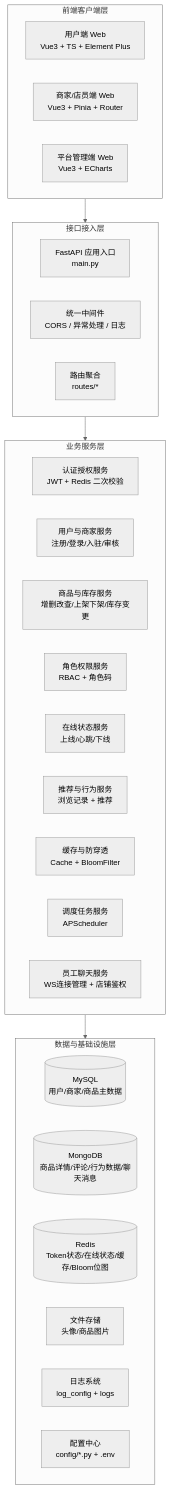
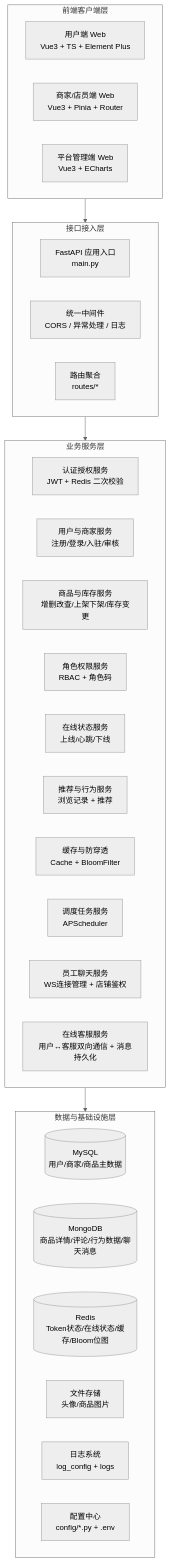
Before and after one commit to SDIJF1521/xb_mall: the diagram in README.md, drawn with Mermaid (neutral theme). The commit also changed other lines of this file and 22 other files, not shown here.

````diff
--- a/README.md
+++ b/README.md
@@ -121,39 +121,40 @@
 ```mermaid
 flowchart TB
     subgraph Client[前端客户端层]
         C1[用户端 Web<br/>Vue3 + TS + Element Plus]
         C2[商家/店员端 Web<br/>Vue3 + Pinia + Router]
         C3[平台管理端 Web<br/>Vue3 + ECharts]
     end
 
     subgraph Gateway[接口接入层]
         G1[FastAPI 应用入口<br/>main.py]
         G2[统一中间件<br/>CORS / 异常处理 / 日志]
         G3[路由聚合<br/>routes/*]
     end
 
     subgraph Service[业务服务层]
         S1[认证授权服务<br/>JWT + Redis 二次校验]
         S2[用户与商家服务<br/>注册/登录/入驻/审核]
         S3[商品与库存服务<br/>增删改查/上架下架/库存变更]
         S4[角色权限服务<br/>RBAC + 角色码]
         S5[在线状态服务<br/>上线/心跳/下线]
         S6[推荐与行为服务<br/>浏览记录 + 推荐]
         S7[缓存与防穿透<br/>Cache + BloomFilter]
         S8[调度任务服务<br/>APScheduler]
         S9[员工聊天服务<br/>WS连接管理 + 店铺鉴权]
+        S10[在线客服服务<br/>用户↔客服双向通信 + 消息持久化]
     end
 
     subgraph Data[数据与基础设施层]
         D1[(MySQL<br/>用户/商家/商品主数据)]
         D2[(MongoDB<br/>商品详情/评论/行为数据/聊天消息)]
         D3[(Redis<br/>Token状态/在线状态/缓存/Bloom位图)]
         D4[文件存储<br/>头像/商品图片]
         D5[日志系统<br/>log_config + logs]
         D6[配置中心<br/>config/*.py + .env]
     end
 
     Client --> Gateway
     Gateway --> Service
     Service --> Data
 ```
````
